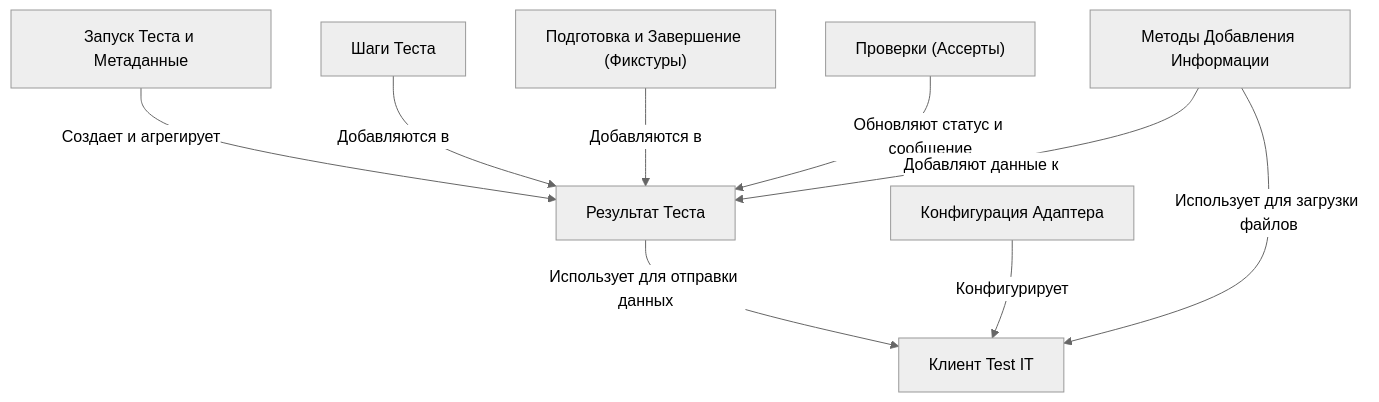
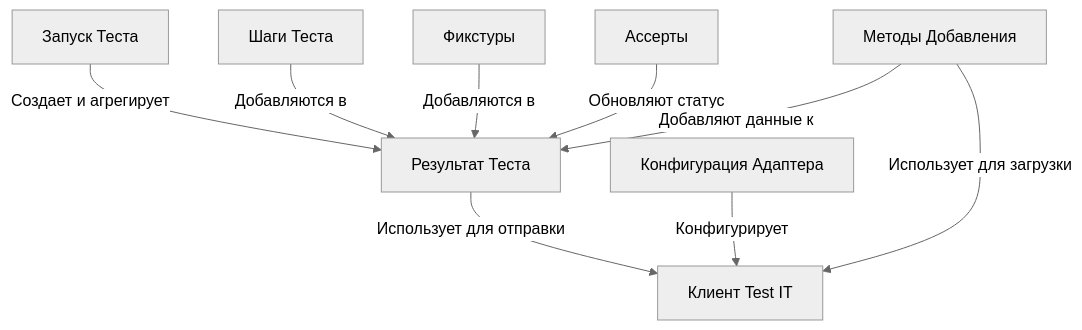
The diagram in docs/index.md (testit-tms/adapters-go), drawn with Mermaid (neutral theme) before and after one commit.

Commit message:
docs: feat docs

````diff
--- a/docs/index.md
+++ b/docs/index.md
@@ -10,27 +10,27 @@
 ```mermaid
 flowchart TD
-    A0["Запуск Теста и Метаданные
+    A0["Запуск Теста
 "]
     A1["Результат Теста
 "]
     A2["Шаги Теста
 "]
-    A3["Подготовка и Завершение (Фикстуры)
+    A3["Фикстуры
 "]
     A4["Клиент Test IT
 "]
     A5["Конфигурация Адаптера
 "]
-    A6["Проверки (Ассерты)
+    A6["Ассерты
 "]
-    A7["Методы Добавления Информации
+    A7["Методы Добавления
 "]
     A0 -- "Создает и агрегирует" --> A1
-    A1 -- "Использует для отправки данных" --> A4
+    A1 -- "Использует для отправки" --> A4
     A2 -- "Добавляются в" --> A1
     A3 -- "Добавляются в" --> A1
     A5 -- "Конфигурирует" --> A4
-    A6 -- "Обновляют статус и сообщение" --> A1
+    A6 -- "Обновляют статус" --> A1
     A7 -- "Добавляют данные к" --> A1
-    A7 -- "Использует для загрузки файлов" --> A4
+    A7 -- "Использует для загрузки" --> A4
 ```
````
